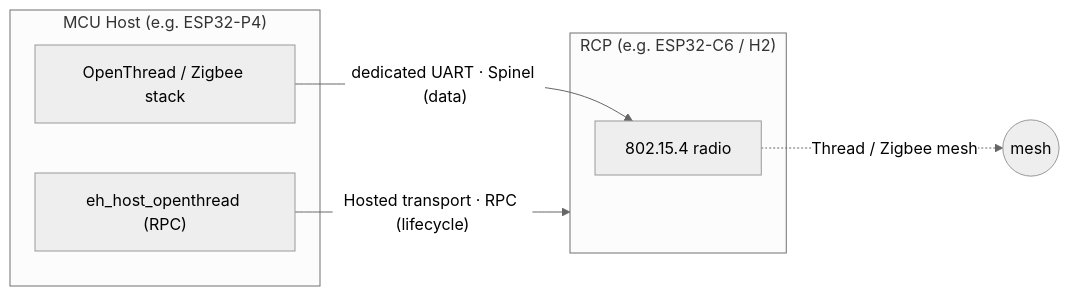
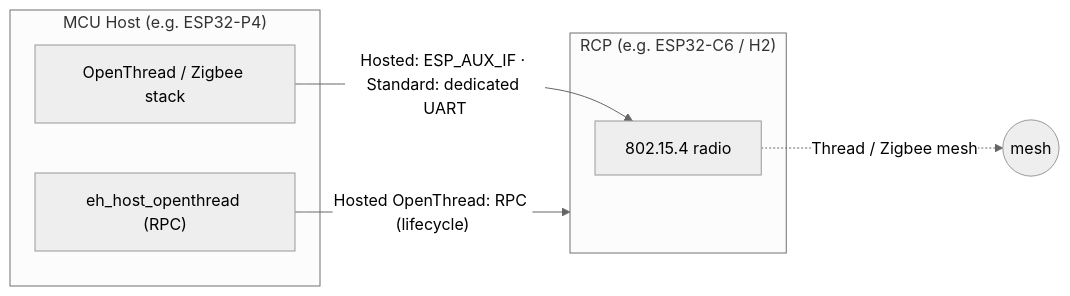
The first of 2 diagrams in docs/features/openthread.md (espressif/esp-hosted-mcu), drawn with Mermaid (neutral theme) before and after one commit. The commit also changed other lines of this file and 70 other files, not shown here.

Commit message:
openthread: hosted OpenThread over ESP_AUX_IF; standard OpenThread at example level

````diff
--- a/docs/features/openthread.md
+++ b/docs/features/openthread.md
@@ -24,13 +24,13 @@
 ```mermaid
 flowchart LR
     subgraph Host["MCU Host (e.g. ESP32-P4)"]
         S["OpenThread / Zigbee stack"]
         R["eh_host_openthread (RPC)"]
     end
     subgraph RCP["RCP (e.g. ESP32-C6 / H2)"]
         RAD["802.15.4 radio"]
     end
-    R -->|"Hosted transport · RPC (lifecycle)"| RCP
-    S -->|"dedicated UART · Spinel (data)"| RAD
+    R -->|"Hosted OpenThread: RPC (lifecycle)"| RCP
+    S -->|"Hosted: ESP_AUX_IF · Standard: dedicated UART"| RAD
     RAD -.->|Thread / Zigbee mesh| NET((mesh))
 ```
````
